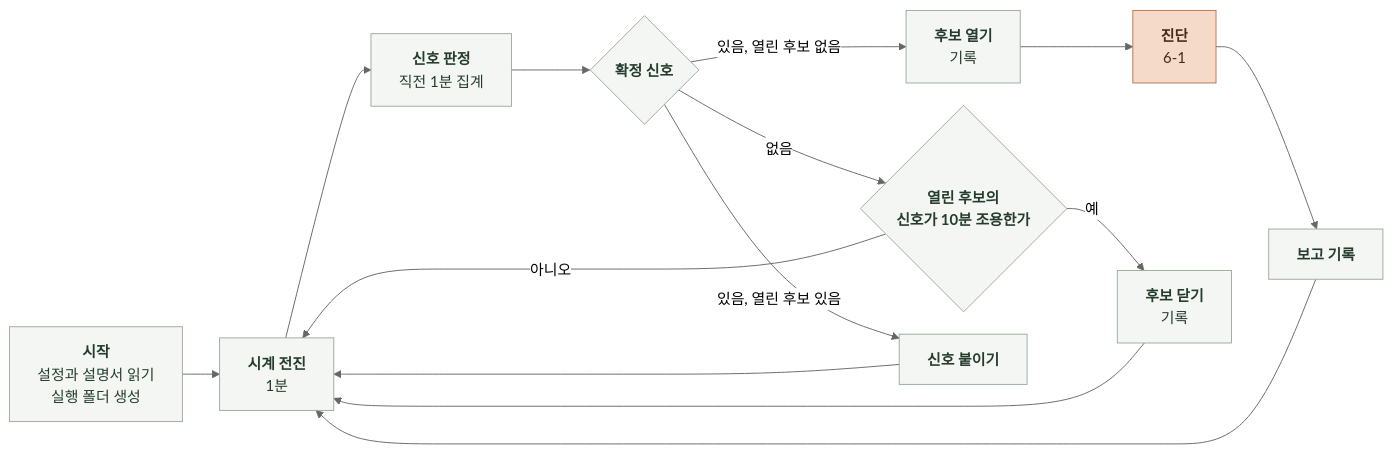
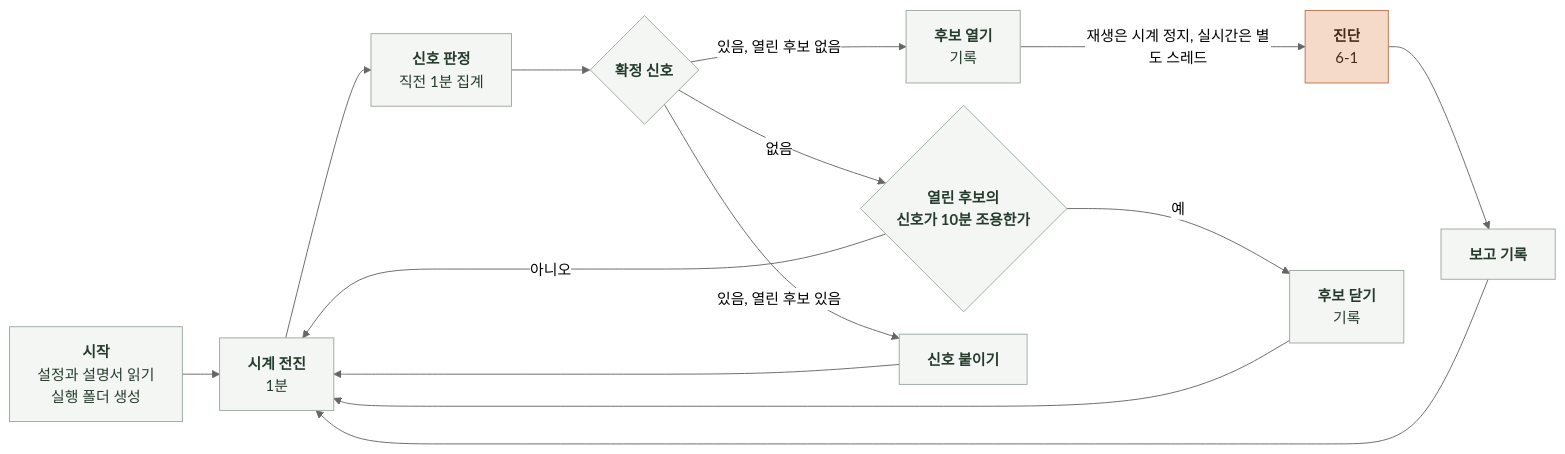
One commit to KIM-N-KANG/knk-harness changed the diagram in docs/domain/OBSERVABILITY/AI/6-2-SOFTWARE-IMPLEMENTATION.md. Above: the diagram before and after it, drawn with Mermaid (neutral theme). The commit also changed other lines of this file and 9 other files, not shown here.

````diff
--- a/docs/domain/OBSERVABILITY/AI/6-2-SOFTWARE-IMPLEMENTATION.md
+++ b/docs/domain/OBSERVABILITY/AI/6-2-SOFTWARE-IMPLEMENTATION.md
@@ -13,29 +13,29 @@
 ```mermaid
 %%{init: {"flowchart": {"curve": "basis", "nodeSpacing": 24, "rankSpacing": 40}}}%%
 flowchart LR
     S["`**시작**
 설정과 설명서 읽기
 실행 폴더 생성`"] --> C["`**시계 전진**
 1분`"]
     C --> D["`**신호 판정**
 직전 1분 집계`"]
     D --> K{"`**확정 신호**`"}
     K -->|"`없음`"| X{"`**열린 후보의
 신호가 10분 조용한가**`"}
     K -->|"`있음, 열린 후보 없음`"| N["`**후보 열기**
 기록`"]
     K -->|"`있음, 열린 후보 있음`"| A["`**신호 붙이기**`"]
-    N --> G["`**진단**
+    N -->|"`재생은 시계 정지, 실시간은 별도 스레드`"| G["`**진단**
 6-1`"]
     G --> W["`**보고 기록**`"]
     W --> C
     A --> C
     X -->|"`예`"| Z["`**후보 닫기**
 기록`"]
     X -->|"`아니오`"| C
     Z --> C
     classDef model fill:#F5D9C9,stroke:#B97450,color:#452B1D
     classDef code fill:#F4F6F4,stroke:#9BA99E,color:#253C2C
     class G model
     class S,C,D,K,X,N,A,W,Z code
 ```
````
